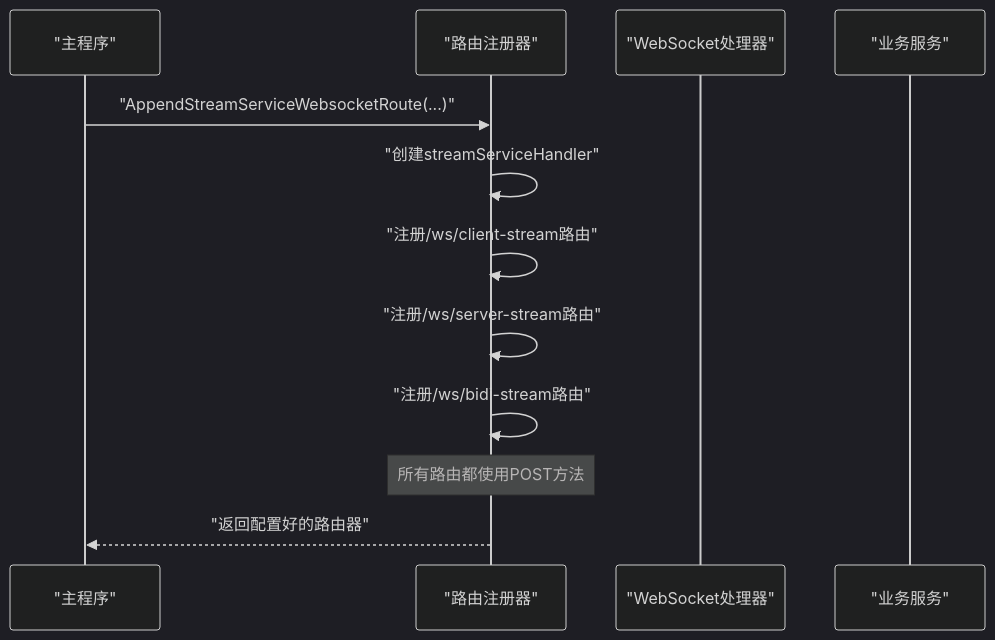
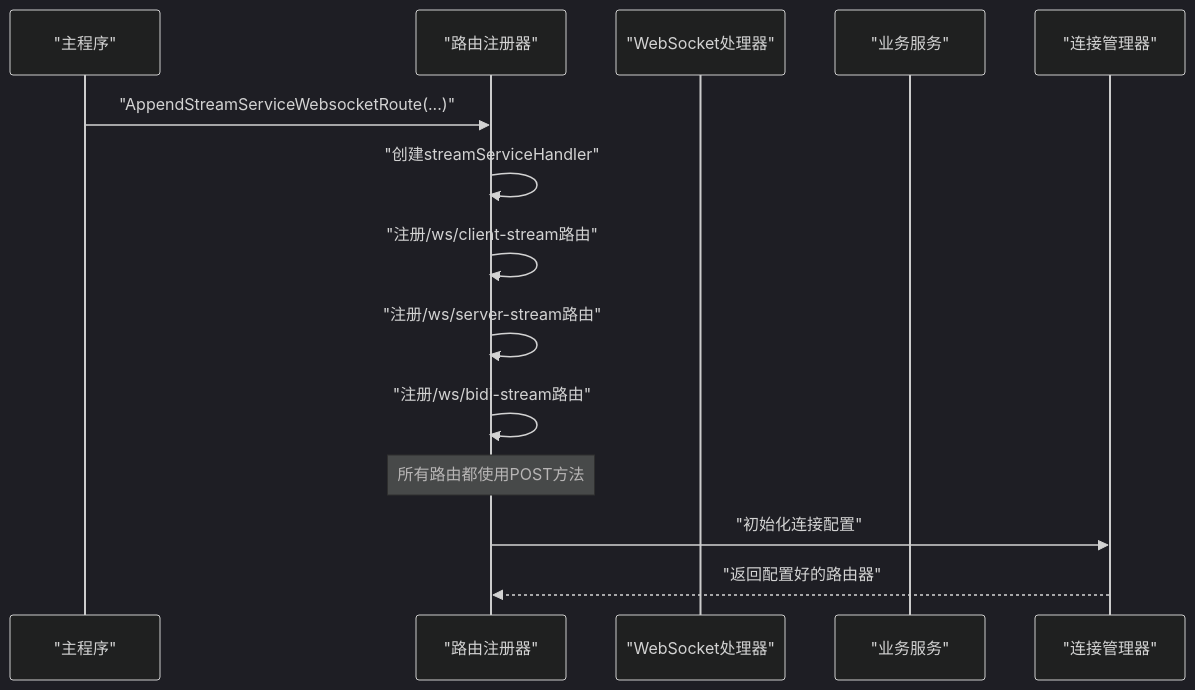
The eighth of 10 diagrams in .agents/repowiki/zh/content/HTTP 服务器框架/路由管理和处理.md (soyacen/goose), drawn with Mermaid (dark theme) before and after one commit. The commit also changed other lines of this file and 8 other files, not shown here.

````diff
--- a/.agents/repowiki/zh/content/HTTP 服务器框架/路由管理和处理.md
+++ b/.agents/repowiki/zh/content/HTTP 服务器框架/路由管理和处理.md
@@ -399,14 +434,16 @@
 ```mermaid
 sequenceDiagram
 participant Main as "主程序"
 participant Router as "路由注册器"
 participant Handler as "WebSocket处理器"
 participant Service as "业务服务"
+participant ConnMgr as "连接管理器"
 Main->>Router : "AppendStreamServiceWebsocketRoute(...)"
 Router->>Router : "创建streamServiceHandler"
 Router->>Router : "注册/ws/client-stream路由"
 Router->>Router : "注册/ws/server-stream路由"
 Router->>Router : "注册/ws/bidi-stream路由"
 Note over Router : 所有路由都使用POST方法
-Router-->>Main : "返回配置好的路由器"
+Router->>ConnMgr : "初始化连接配置"
+ConnMgr-->>Router : "返回配置好的路由器"
 ```
````
